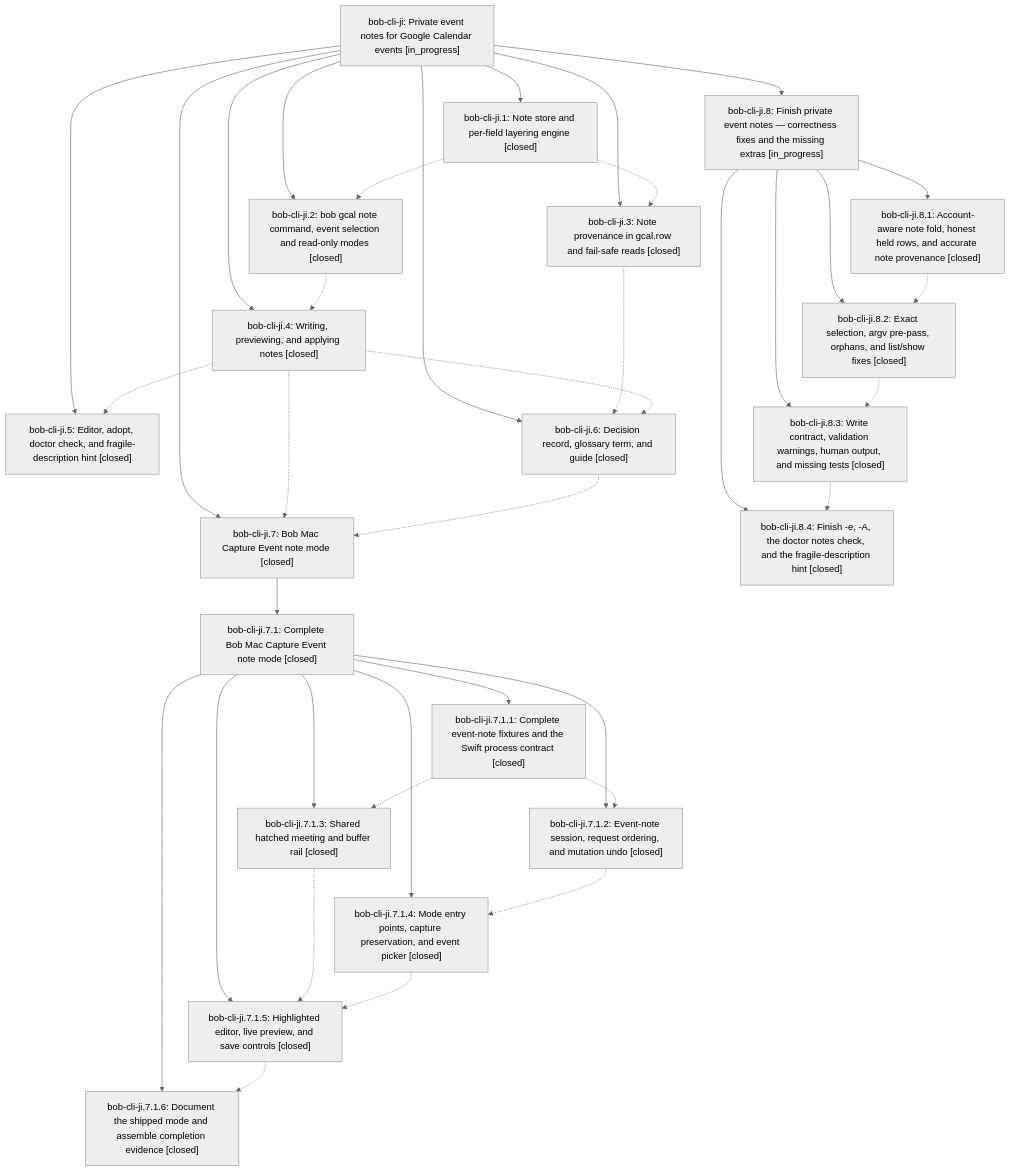
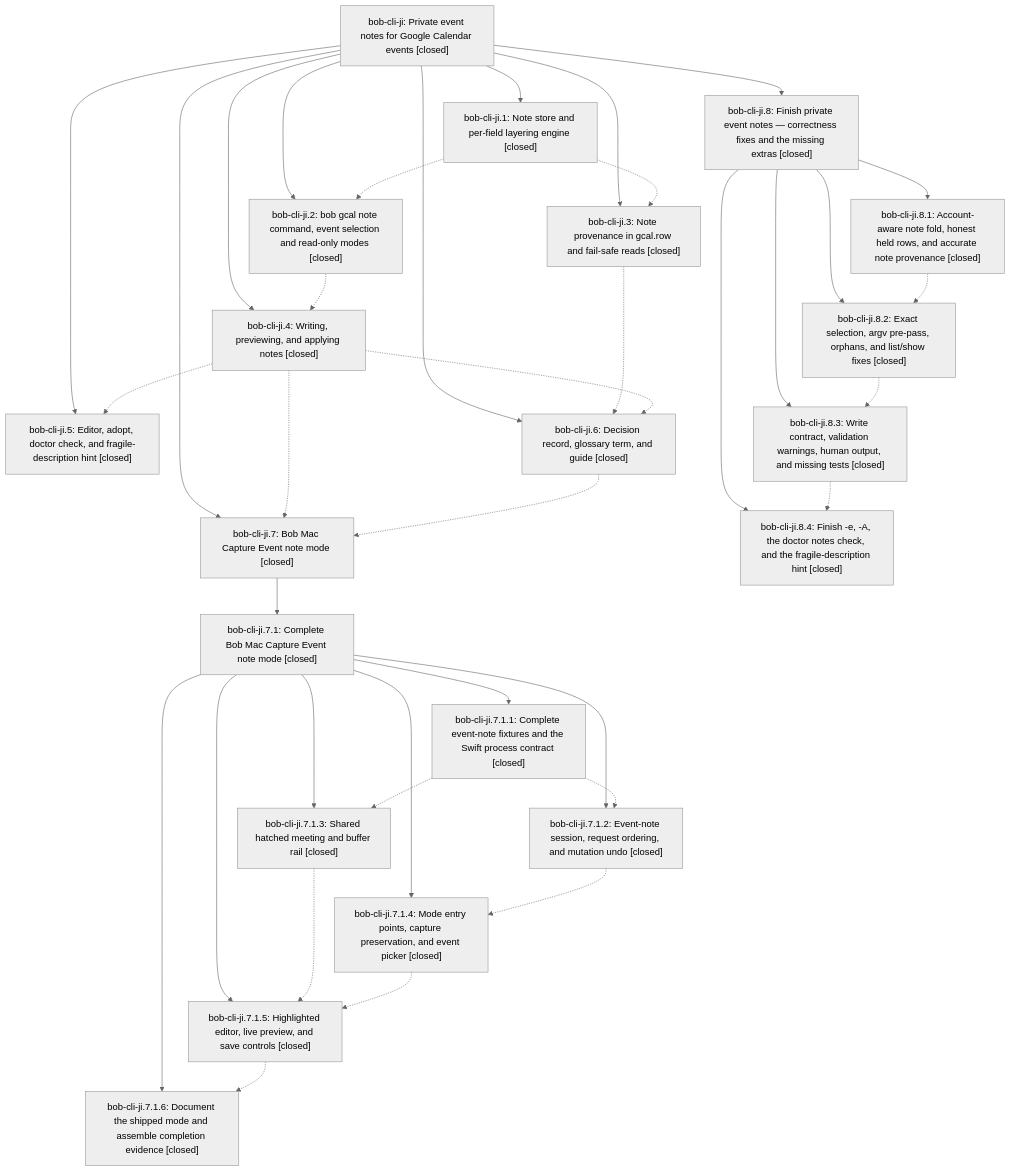
The diagram in pages/bob-cli-ji/README.md (bobs-org/bob-cli--beads), drawn with Mermaid (neutral theme) before and after one commit. The commit also changed other lines of this file and 1 other file, not shown here.

First line of the commit message:
chore(beads): sync bead state and pages for bob-cli-ji

````diff
--- a/pages/bob-cli-ji/README.md
+++ b/pages/bob-cli-ji/README.md
@@ -62,59 +64,59 @@
 ```mermaid
 flowchart TD
-    n0["bob-cli-ji: Private event notes for Google Calendar events [in_progress]"]
+    n0["bob-cli-ji: Private event notes for Google Calendar events [closed]"]
     n1["bob-cli-ji.1: Note store and per-field layering engine [closed]"]
     n2["bob-cli-ji.2: bob gcal note command, event selection and read-only modes [closed]"]
     n3["bob-cli-ji.3: Note provenance in gcal.row and fail-safe reads [closed]"]
     n4["bob-cli-ji.4: Writing, previewing, and applying notes [closed]"]
     n5["bob-cli-ji.5: Editor, adopt, doctor check, and fragile-description hint [closed]"]
     n6["bob-cli-ji.6: Decision record, glossary term, and guide [closed]"]
     n7["bob-cli-ji.7: Bob Mac Capture Event note mode [closed]"]
     n8["bob-cli-ji.7.1: Complete Bob Mac Capture Event note mode [closed]"]
     n9["bob-cli-ji.7.1.1: Complete event-note fixtures and the Swift process contract [closed]"]
     n10["bob-cli-ji.7.1.2: Event-note session, request ordering, and mutation undo [closed]"]
     n11["bob-cli-ji.7.1.3: Shared hatched meeting and buffer rail [closed]"]
     n12["bob-cli-ji.7.1.4: Mode entry points, capture preservation, and event picker [closed]"]
     n13["bob-cli-ji.7.1.5: Highlighted editor, live preview, and save controls [closed]"]
     n14["bob-cli-ji.7.1.6: Document the shipped mode and assemble completion evidence [closed]"]
-    n15["bob-cli-ji.8: Finish private event notes — correctness fixes and the missing extras [in_progress]"]
+    n15["bob-cli-ji.8: Finish private event notes — correctness fixes and the missing extras [closed]"]
     n16["bob-cli-ji.8.1: Account-aware note fold, honest held rows, and accurate note provenance [closed]"]
     n17["bob-cli-ji.8.2: Exact selection, argv pre-pass, orphans, and list/show fixes [closed]"]
     n18["bob-cli-ji.8.3: Write contract, validation warnings, human output, and missing tests [closed]"]
     n19["bob-cli-ji.8.4: Finish -e, -A, the doctor notes check, and the fragile-description hint [closed]"]
     n0 --> n1
     n0 --> n2
     n0 --> n3
     n0 --> n4
     n0 --> n5
     n0 --> n6
     n0 --> n7
     n7 --> n8
     n8 --> n9
     n8 --> n10
     n8 --> n11
     n8 --> n12
     n8 --> n13
     n8 --> n14
     n0 --> n15
     n15 --> n16
     n15 --> n17
     n15 --> n18
     n15 --> n19
     n1 -.-> n2
     n1 -.-> n3
     n2 -.-> n4
     n3 -.-> n6
     n4 -.-> n5
     n4 -.-> n6
     n4 -.-> n7
     n6 -.-> n7
     n9 -.-> n10
     n9 -.-> n11
     n10 -.-> n12
     n11 -.-> n13
     n12 -.-> n13
     n13 -.-> n14
     n16 -.-> n17
     n17 -.-> n18
     n18 -.-> n19
 ```
````
